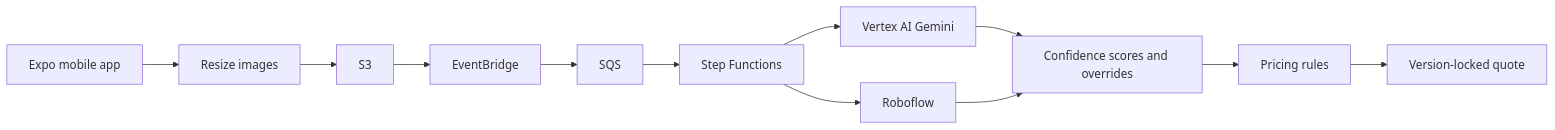
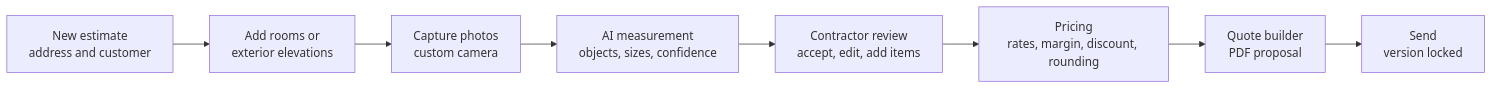
One commit to Newton-School/newtonschool-studio changed the first of 2 diagrams in content/case-studies/maverick-fieldvue.md. Above: the diagram before and after it, drawn with Mermaid. The commit also changed other lines of this file and 6 other files, not shown here.

````diff
--- a/content/case-studies/maverick-fieldvue.md
+++ b/content/case-studies/maverick-fieldvue.md
@@ -44,14 +106,10 @@
 ```mermaid
 flowchart LR
-  A[Expo mobile app] --> B[Resize images]
-  B --> C[S3]
-  C --> D[EventBridge]
-  D --> E[SQS]
-  E --> F[Step Functions]
-  F --> G[Vertex AI Gemini]
-  F --> H[Roboflow]
-  G --> I[Confidence scores and overrides]
-  H --> I
-  I --> J[Pricing rules]
-  J --> K[Version-locked quote]
+  A[New estimate<br/>address and customer] --> B[Add rooms or<br/>exterior elevations]
+  B --> C[Capture photos<br/>custom camera]
+  C --> D[AI measurement<br/>objects, sizes, confidence]
+  D --> E[Contractor review<br/>accept, edit, add items]
+  E --> F[Pricing<br/>rates, margin, discount, rounding]
+  F --> G[Quote builder<br/>PDF proposal]
+  G --> H[Send<br/>version locked]
 ```
````
